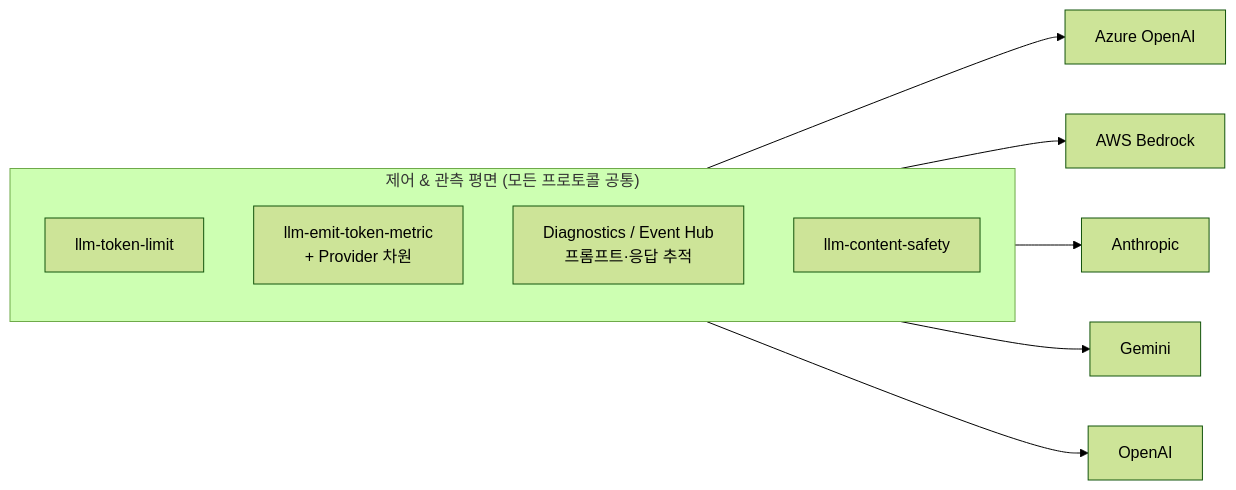
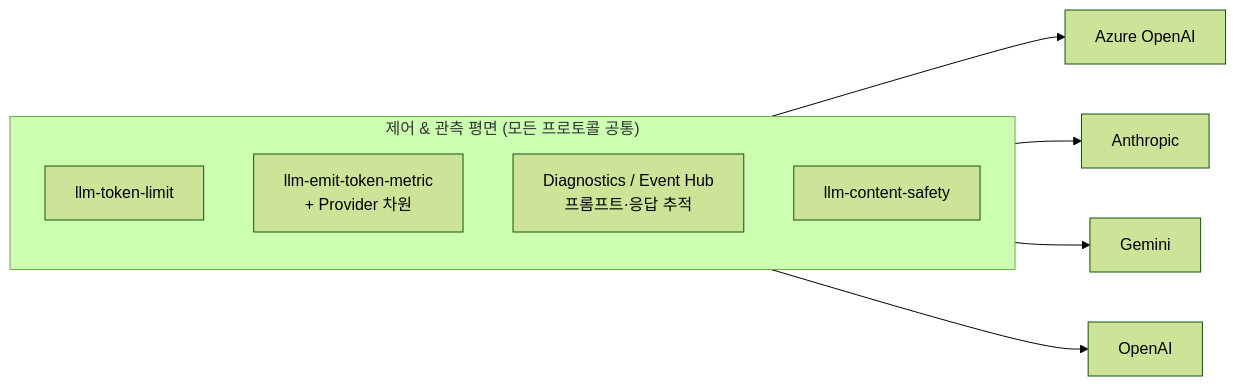
One commit to ChangJu-Ahn/Azure-AI-Gateway-KR changed the diagram in docs/superpowers/specs/2026-07-16-multicloud-observability-labs-design.md. Above: the diagram before and after it, drawn with Mermaid (forest theme). The commit also changed other lines of this file and 10 other files, not shown here.

````diff
--- a/docs/superpowers/specs/2026-07-16-multicloud-observability-labs-design.md
+++ b/docs/superpowers/specs/2026-07-16-multicloud-observability-labs-design.md
@@ -86,14 +86,13 @@
 ```mermaid
 graph LR
     subgraph OBS["제어 & 관측 평면 (모든 프로토콜 공통)"]
         P1["llm-token-limit"]
         P2["llm-emit-token-metric<br/>+ Provider 차원"]
         P3["Diagnostics / Event Hub<br/>프롬프트·응답 추적"]
         P4["llm-content-safety"]
     end
     OBS --> AOAI[Azure OpenAI]
-    OBS --> BR[AWS Bedrock]
     OBS --> ANT[Anthropic]
     OBS --> GEM[Gemini]
     OBS --> OAI[OpenAI]
 ```
````
